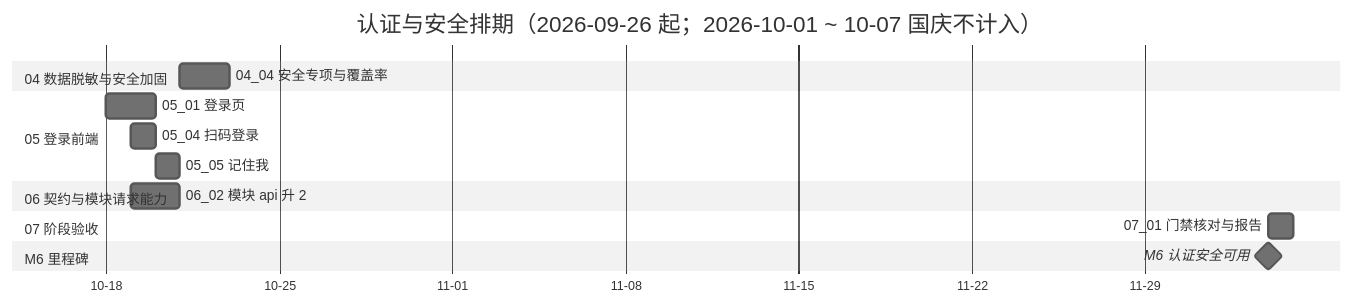
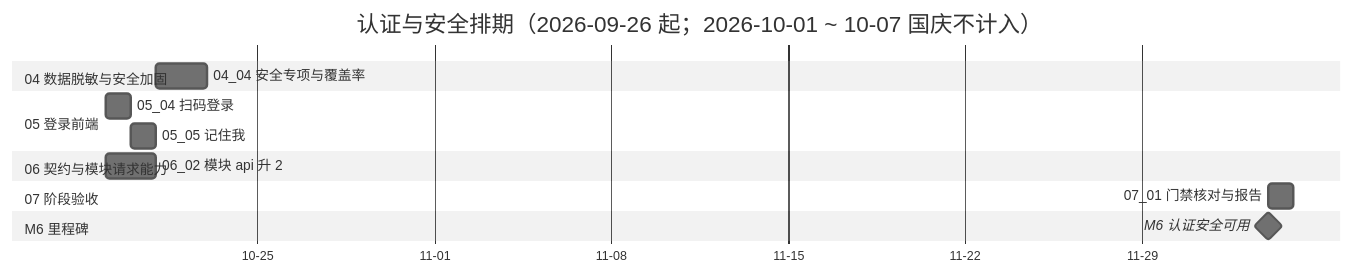
The diagram in bms文档/项目/06_认证与安全/计划/01_计划_认证与安全.md (minjian123/basic-management-system), drawn with Mermaid (neutral theme) before and after one commit. The commit also changed other lines of this file and 5 other files, not shown here.

````diff
--- a/bms文档/项目/06_认证与安全/计划/01_计划_认证与安全.md
+++ b/bms文档/项目/06_认证与安全/计划/01_计划_认证与安全.md
@@ -82,18 +82,17 @@
 ```mermaid
 gantt
     title 认证与安全排期（2026-09-26 起；2026-10-01 ~ 10-07 国庆不计入）
     dateFormat  YYYY-MM-DD
     axisFormat %m-%d
     section 04 数据脱敏与安全加固
     04_04 安全专项与覆盖率 :d4, 2026-10-21, 2d
     section 05 登录前端
-    05_01 登录页 :e1, 2026-10-18, 2d
     05_04 扫码登录 :e4, 2026-10-19, 1d
     05_05 记住我 :e5, 2026-10-20, 1d
     section 06 契约与模块请求能力
     06_02 模块 api 升 2 :f2, 2026-10-19, 2d
     section 07 阶段验收
     07_01 门禁核对与报告 :g1, 2026-12-04, 1d
     section M6 里程碑
     M6 认证安全可用 :milestone, mm6, 2026-12-04, 0d
 ```
````
